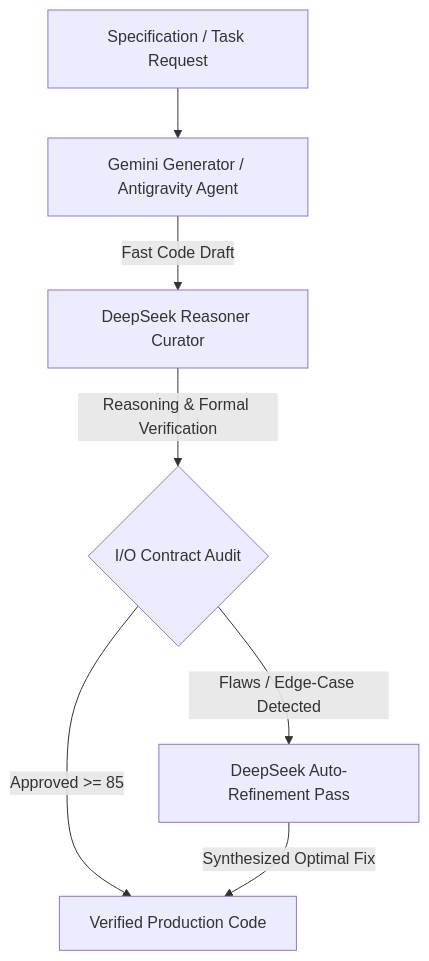
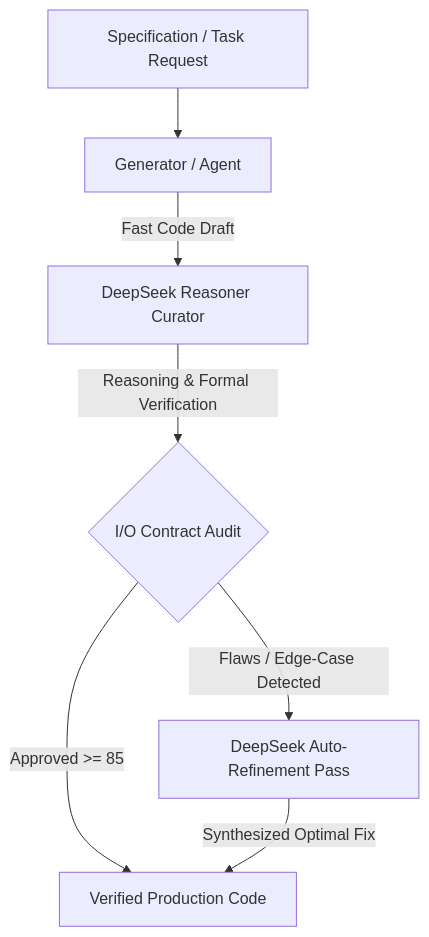
The diagram in README.md (CostaJr007/dspark), drawn with Mermaid before and after one commit. The commit also changed other lines of this file and 32 other files, not shown here.

````diff
--- a/README.md
+++ b/README.md
@@ -27,9 +36,9 @@
 ```mermaid
 flowchart TD
-    A[Specification / Task Request] --> B[Gemini Generator / Antigravity Agent]
+    A[Specification / Task Request] --> B[Generator / Agent]
     B -->|Fast Code Draft| C[DeepSeek Reasoner Curator]
     C -->|Reasoning & Formal Verification| D{I/O Contract Audit}
     D -->|Approved >= 85| E[Verified Production Code]
     D -->|Flaws / Edge-Case Detected| F[DeepSeek Auto-Refinement Pass]
     F -->|Synthesized Optimal Fix| E
 ```
````
